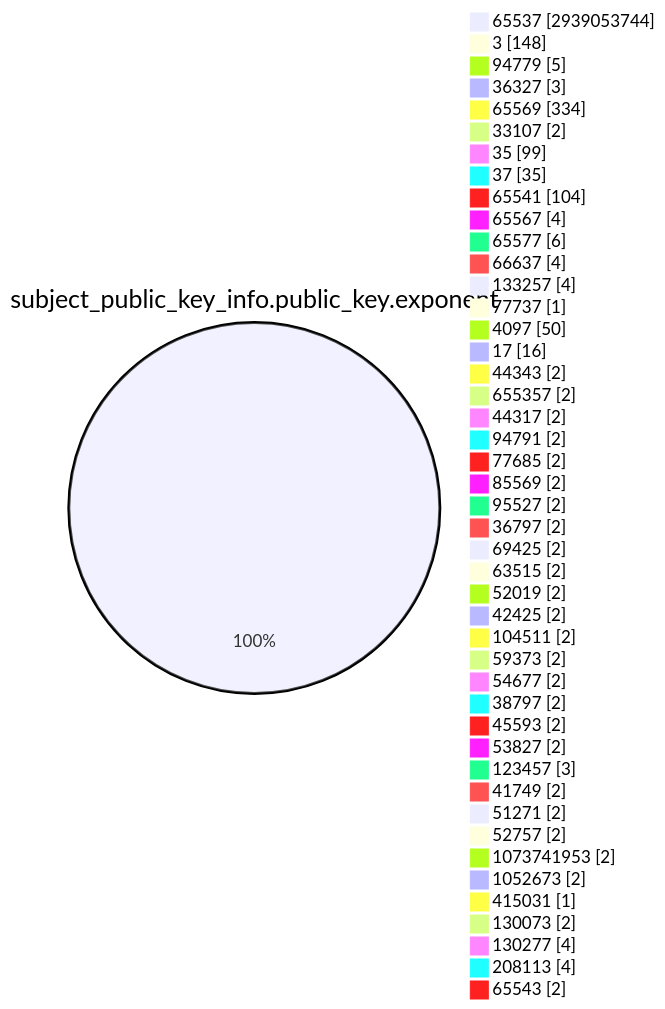
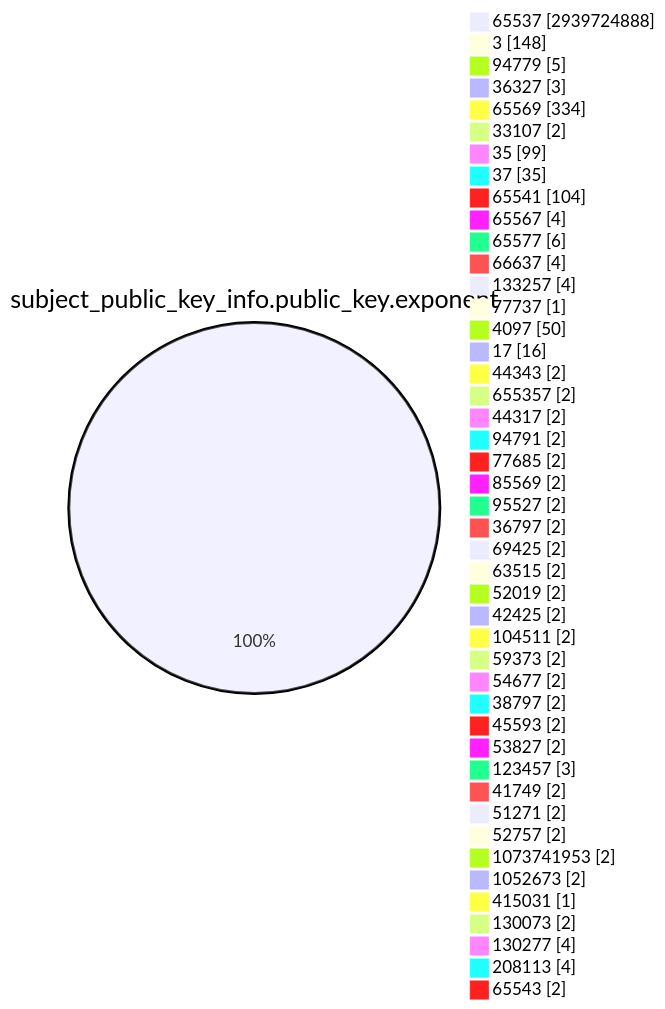
Before and after one commit to christiankrug/ctmonitor_visualization: the fourth of 15 diagrams in TOTAL/README.md, drawn with Mermaid. The commit also changed other lines of this file, not shown here.

````diff
--- a/TOTAL/README.md
+++ b/TOTAL/README.md
@@ -1470,49 +1471,49 @@
 ```mermaid
 pie showData
 title subject_public_key_info.public_key.exponent
-"65537" :2939053744
+"65537" :2939724888
 "3" :148
 "94779" :5
 "36327" :3
 "65569" :334
 "33107" :2
 "35" :99
 "37" :35
 "65541" :104
 "65567" :4
 "65577" :6
 "66637" :4
 "133257" :4
 "77737" :1
 "4097" :50
 "17" :16
 "44343" :2
 "655357" :2
 "44317" :2
 "94791" :2
 "77685" :2
 "85569" :2
 "95527" :2
 "36797" :2
 "69425" :2
 "63515" :2
 "52019" :2
 "42425" :2
 "104511" :2
 "59373" :2
 "54677" :2
 "38797" :2
 "45593" :2
 "53827" :2
 "123457" :3
 "41749" :2
 "51271" :2
 "52757" :2
 "1073741953" :2
 "1052673" :2
 "415031" :1
 "130073" :2
 "130277" :4
 "208113" :4
 "65543" :2
 ```
````
